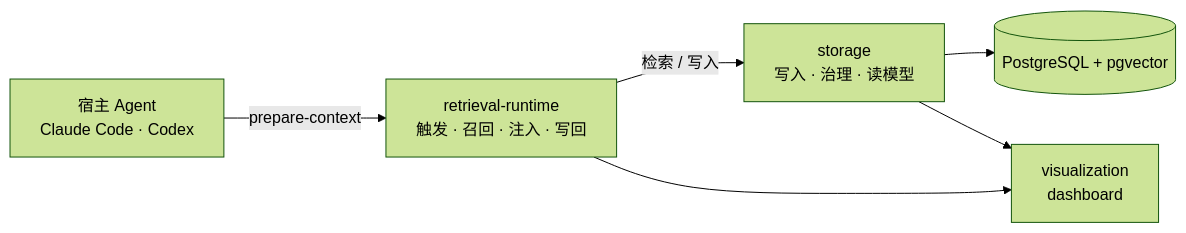
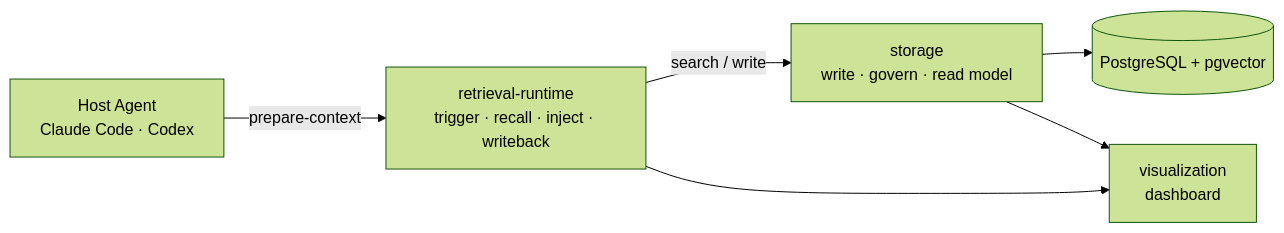
One commit to liu-collab/continuum changed the second of 2 diagrams in README.md. Above: the diagram before and after it, drawn with Mermaid (forest theme). The commit also changed other lines of this file and 1 other file, not shown here.

````diff
--- a/README.md
+++ b/README.md
@@ -72,14 +74,14 @@
 ```mermaid
 flowchart LR
-    host["宿主 Agent<br/>Claude Code · Codex"]
-    runtime["retrieval-runtime<br/>触发 · 召回 · 注入 · 写回"]
-    storage["storage<br/>写入 · 治理 · 读模型"]
+    host["Host Agent<br/>Claude Code · Codex"]
+    runtime["retrieval-runtime<br/>trigger · recall · inject · writeback"]
+    storage["storage<br/>write · govern · read model"]
     db[("PostgreSQL + pgvector")]
     viz["visualization<br/>dashboard"]
 
     host -->|"prepare-context"| runtime
-    runtime -->|"检索 / 写入"| storage
+    runtime -->|"search / write"| storage
     storage --> db
     runtime --> viz
     storage --> viz
 ```
````
